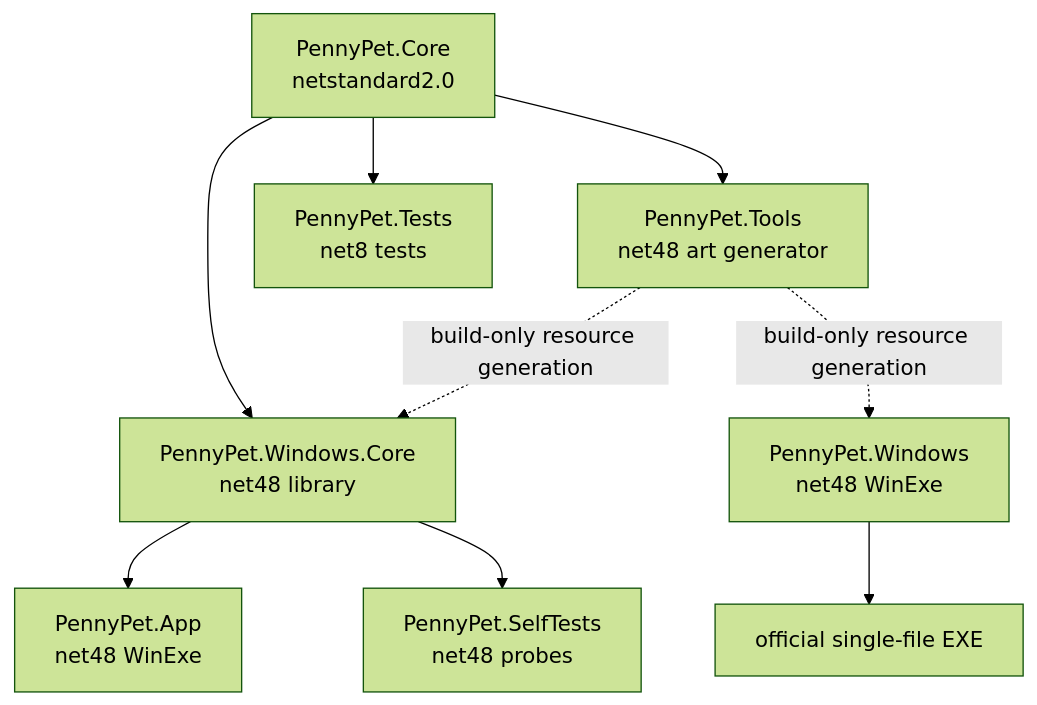
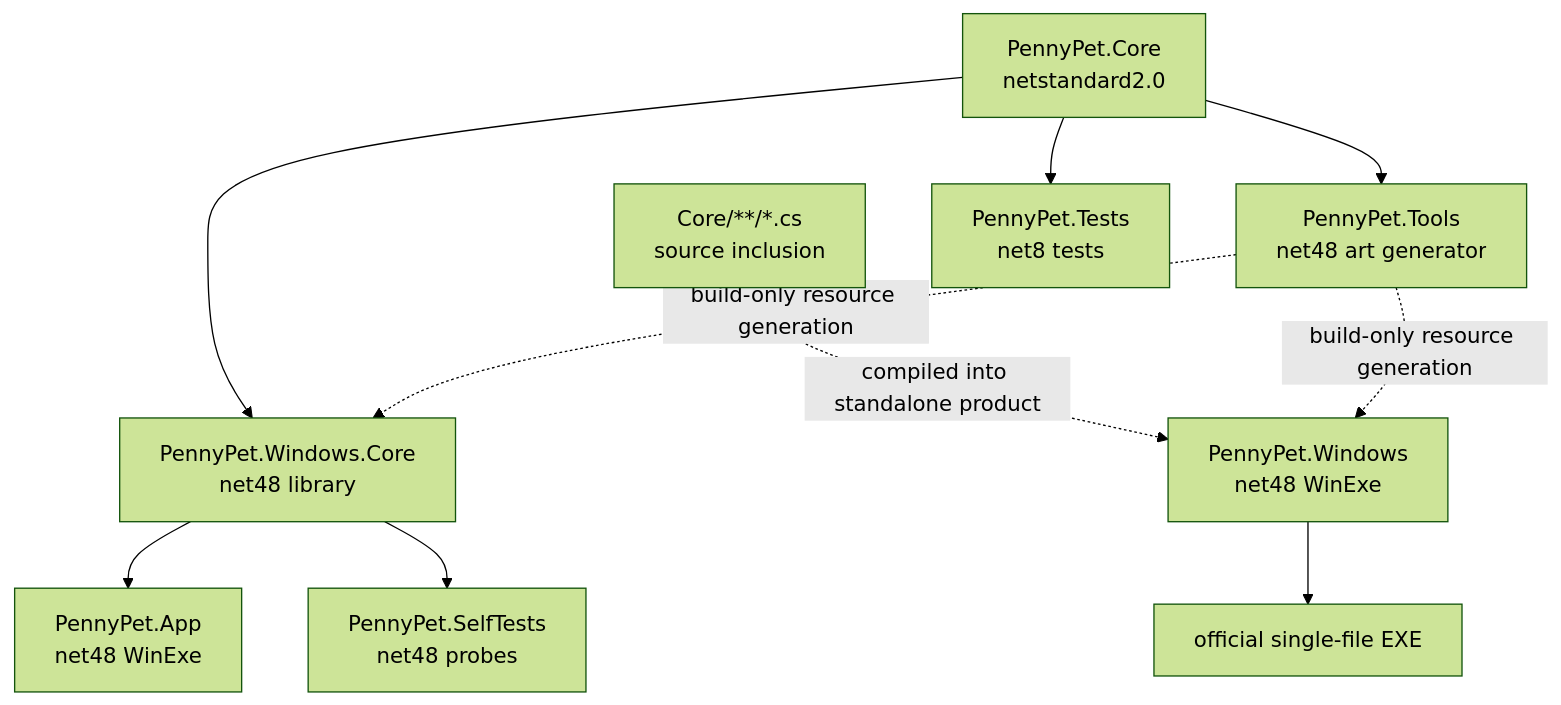
Before and after one commit to 692365092-png/penny-pet: the diagram in ARCHITECTURE.md, drawn with Mermaid (forest theme). The commit also changed other lines of this file and 1 other file, not shown here.

Commit message:
docs: distinguish standalone source inclusion from assembly references

````diff
--- a/ARCHITECTURE.md
+++ b/ARCHITECTURE.md
@@ -23,20 +23,22 @@
 ```mermaid
 flowchart TD
     Core["PennyPet.Core\nnetstandard2.0"]
+    CoreSources["Core/**/*.cs\nsource inclusion"]
     Tools["PennyPet.Tools\nnet48 art generator"]
     WindowsCore["PennyPet.Windows.Core\nnet48 library"]
     App["PennyPet.App\nnet48 WinExe"]
     Windows["PennyPet.Windows\nnet48 WinExe"]
     SelfTests["PennyPet.SelfTests\nnet48 probes"]
     Tests["PennyPet.Tests\nnet8 tests"]
     Release["official single-file EXE"]
 
     Core --> Tools
     Core --> WindowsCore
     Core --> Tests
+    CoreSources -. "compiled into standalone product" .-> Windows
     Tools -. "build-only resource generation" .-> WindowsCore
     Tools -. "build-only resource generation" .-> Windows
     WindowsCore --> App
     WindowsCore --> SelfTests
     Windows --> Release
 ```
````
